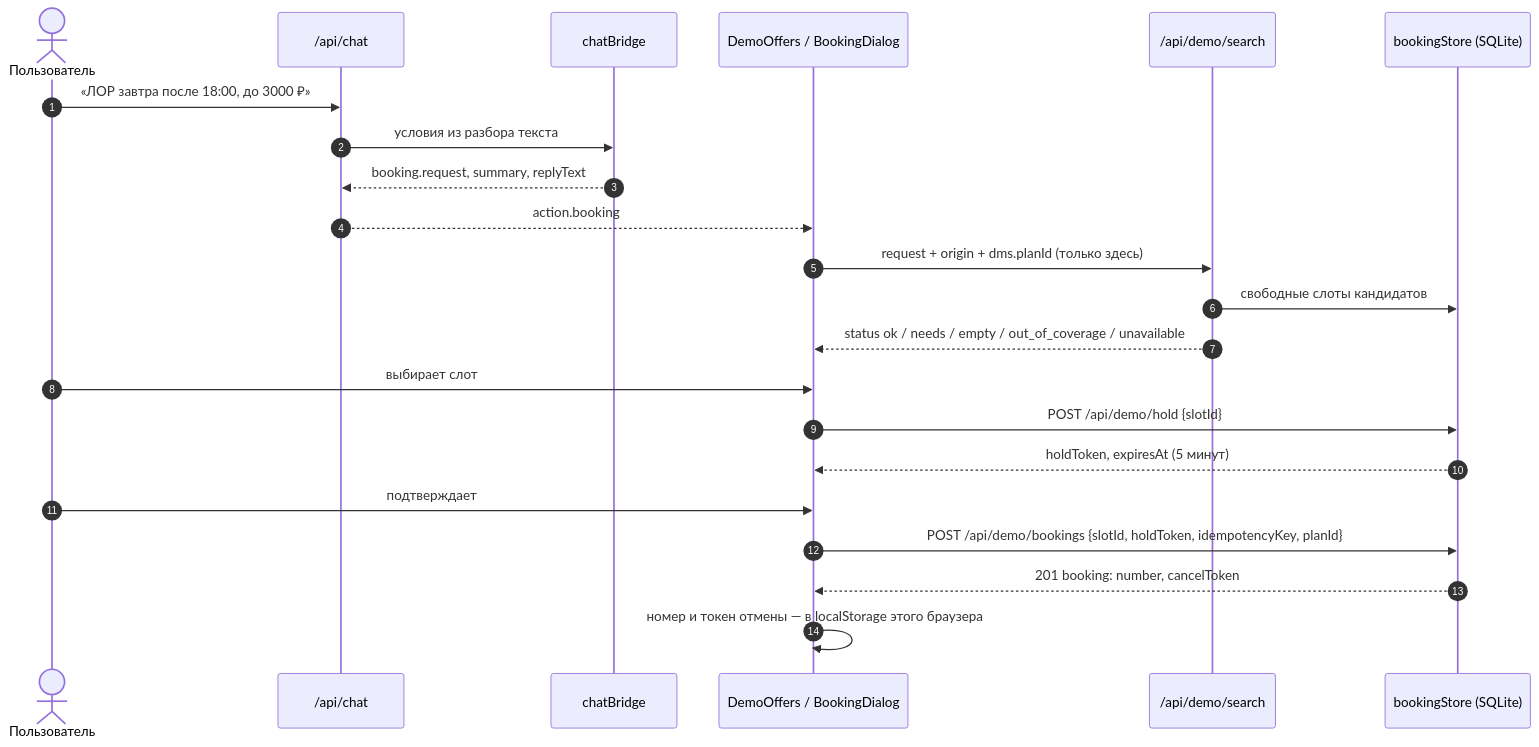
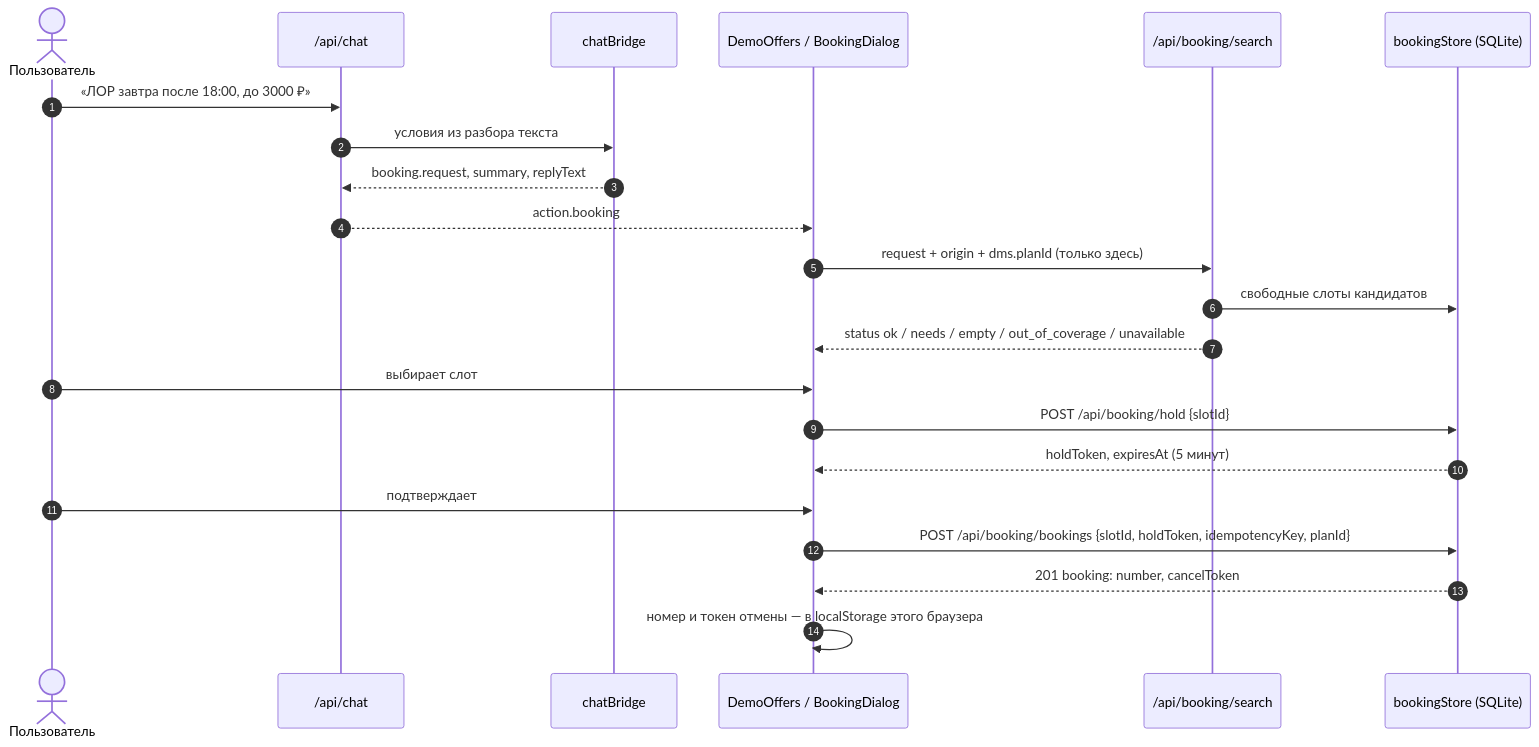
Before and after one commit to MaksimMerkushev/MedKarta: the first of 3 diagrams in docs/11-demo-booking.md, drawn with Mermaid. The commit also changed other lines of this file and 10 other files, not shown here.

Commit message:
docs: booking connector layer, slot cache and /api/booking paths

````diff
--- a/docs/11-demo-booking.md
+++ b/docs/11-demo-booking.md
@@ -16,25 +16,25 @@
 ```mermaid
 sequenceDiagram
     autonumber
     actor U as Пользователь
     participant AI as /api/chat
     participant BR as chatBridge
     participant UI as DemoOffers / BookingDialog
-    participant SR as /api/demo/search
+    participant SR as /api/booking/search
     participant ST as bookingStore (SQLite)
 
     U->>AI: «ЛОР завтра после 18:00, до 3000 ₽»
     AI->>BR: условия из разбора текста
     BR-->>AI: booking.request, summary, replyText
     AI-->>UI: action.booking
     UI->>SR: request + origin + dms.planId (только здесь)
     SR->>ST: свободные слоты кандидатов
     SR-->>UI: status ok / needs / empty / out_of_coverage / unavailable
     U->>UI: выбирает слот
-    UI->>ST: POST /api/demo/hold {slotId}
+    UI->>ST: POST /api/booking/hold {slotId}
     ST-->>UI: holdToken, expiresAt (5 минут)
     U->>UI: подтверждает
-    UI->>ST: POST /api/demo/bookings {slotId, holdToken, idempotencyKey, planId}
+    UI->>ST: POST /api/booking/bookings {slotId, holdToken, idempotencyKey, planId}
     ST-->>UI: 201 booking: number, cancelToken
     UI->>UI: номер и токен отмены — в localStorage этого браузера
 ```
````
